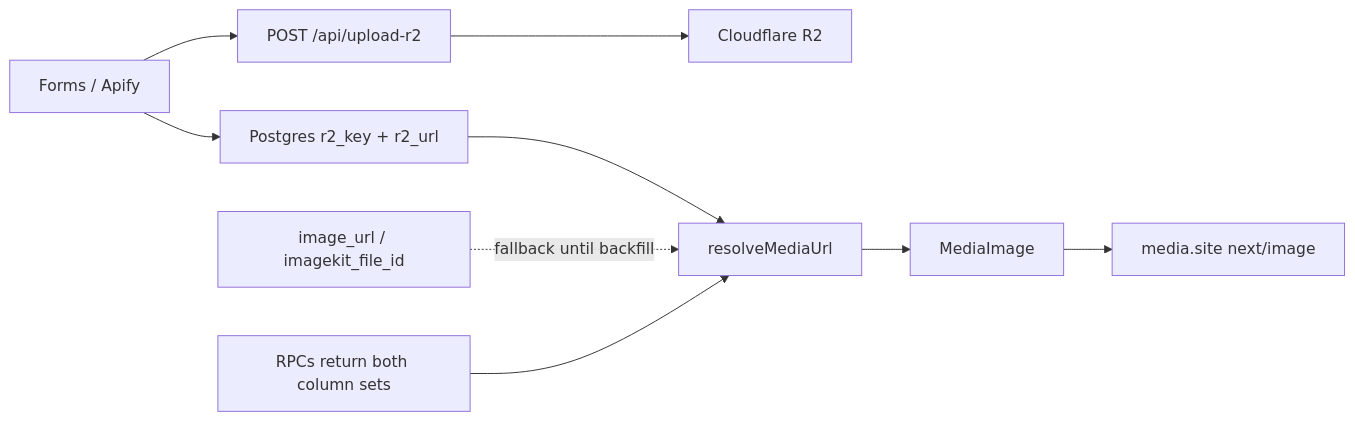
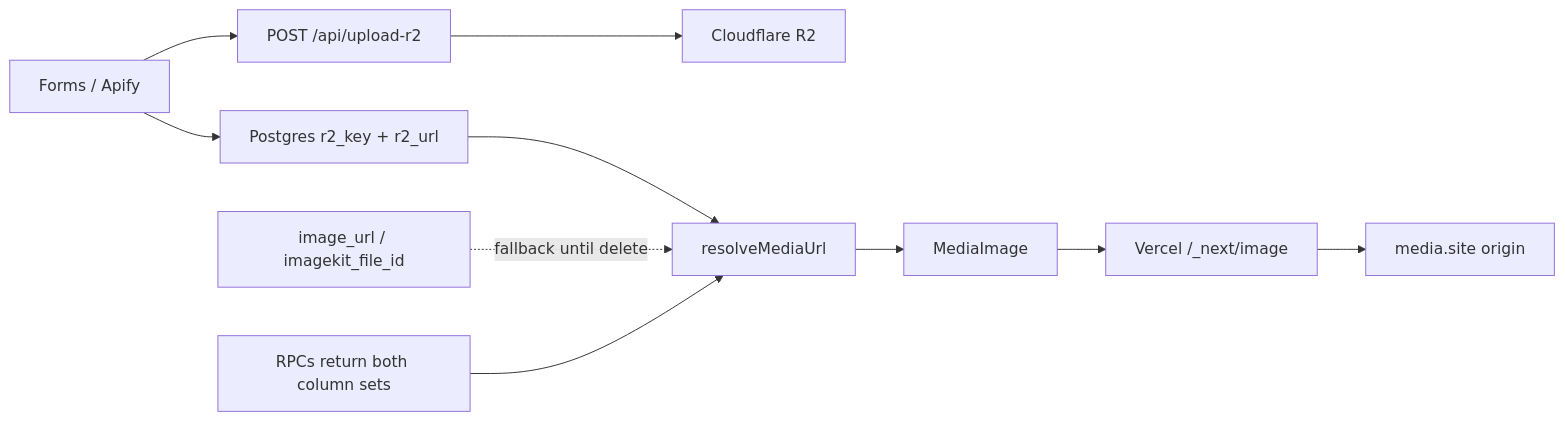
One commit to swsalim/aesthetic-clinics-my changed the diagram in .cursor/plans/imagekit_inventory_map_f8da35b0.plan.md. Above: the diagram before and after it, drawn with Mermaid. The commit also changed other lines of this file and 1 other file, not shown here.

Commit message:
update media size

````diff
--- a/.cursor/plans/imagekit_inventory_map_f8da35b0.plan.md
+++ b/.cursor/plans/imagekit_inventory_map_f8da35b0.plan.md
@@ -385,11 +389,12 @@
 ```mermaid
 flowchart LR
   Forms["Forms / Apify"] --> UploadAPI["POST /api/upload-r2"]
   UploadAPI --> R2["Cloudflare R2"]
   Forms --> DB["Postgres r2_key + r2_url"]
   DB --> Resolve["resolveMediaUrl"]
   Resolve --> MediaImg["MediaImage"]
-  MediaImg --> CDN["media.site next/image"]
-  Legacy["image_url / imagekit_file_id"] -.->|"fallback until backfill"| Resolve
+  MediaImg --> VercelOpt["Vercel /_next/image"]
+  VercelOpt --> CDN["media.site origin"]
+  Legacy["image_url / imagekit_file_id"] -.->|"fallback until delete"| Resolve
   RPC["RPCs return both column sets"] --> Resolve
 ```
````
